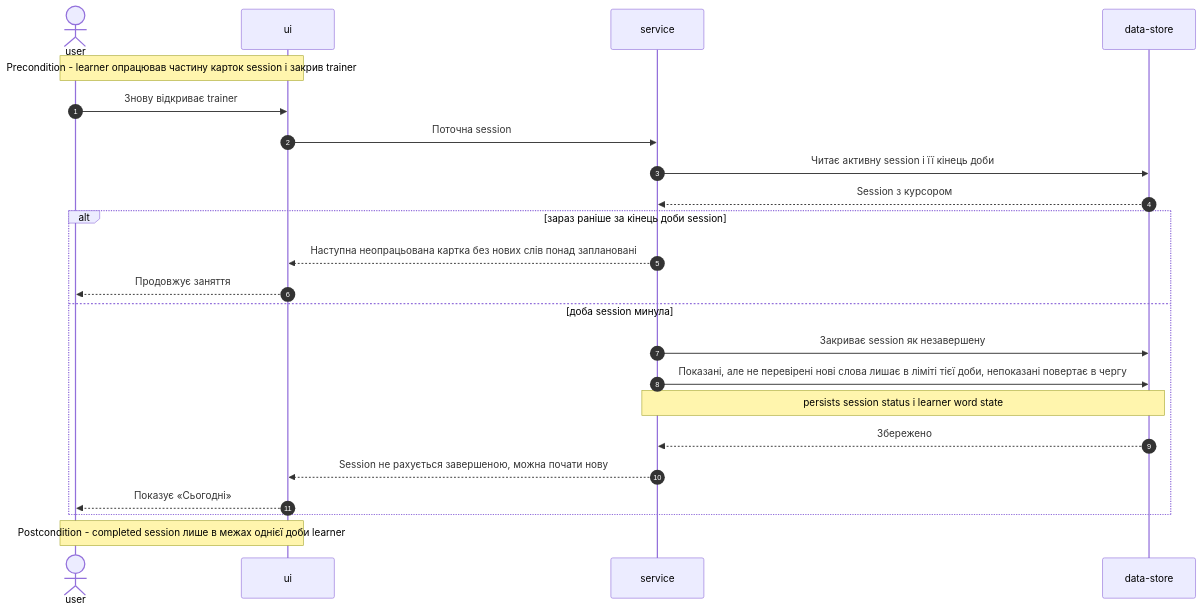
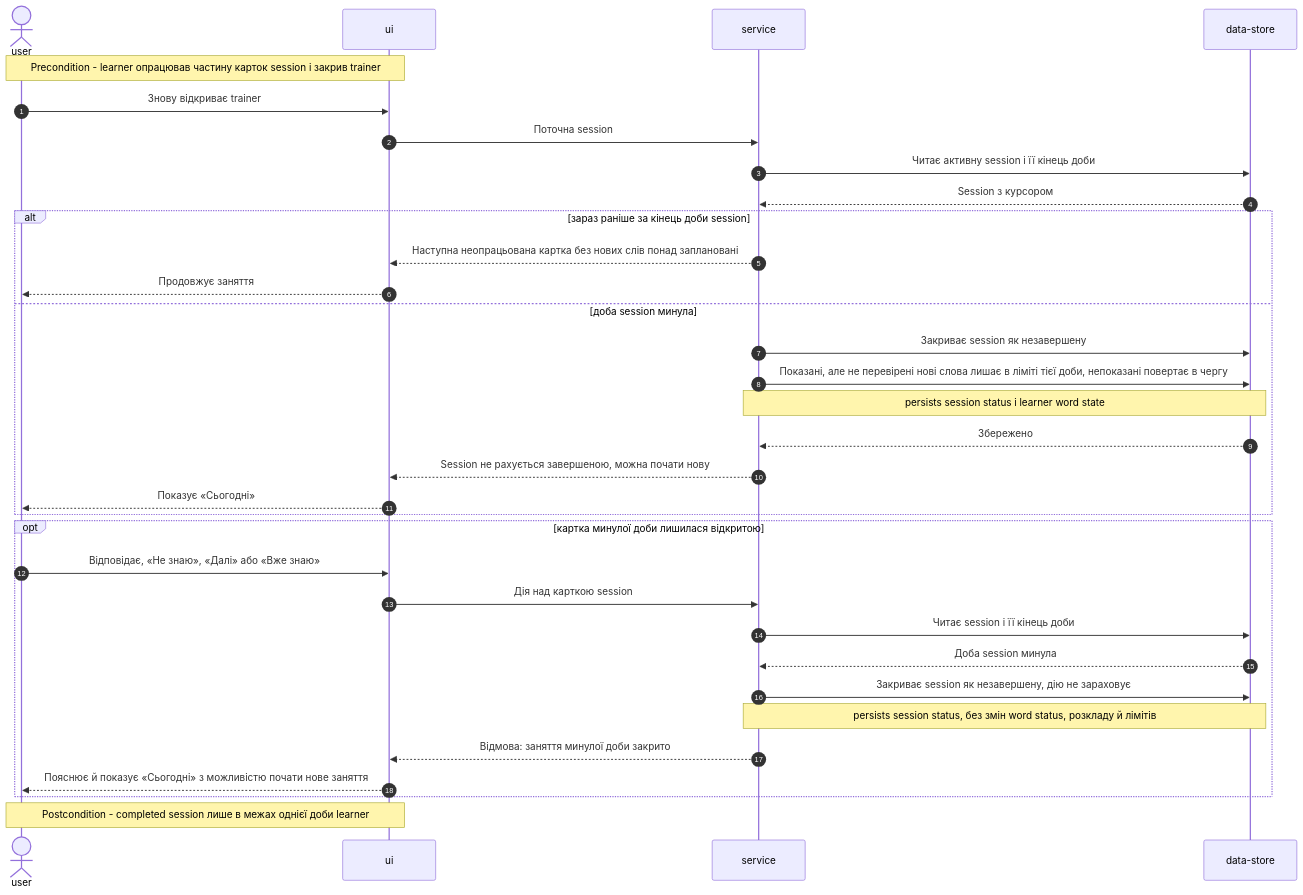
Before and after one commit to HeliosPersonal/constant-learning: the tenth of 17 diagrams in docs/features/personal-trainer-mvp/sad.md, drawn with Mermaid. The commit also changed other lines of this file and 7 other files, not shown here.

````diff
--- a/docs/features/personal-trainer-mvp/sad.md
+++ b/docs/features/personal-trainer-mvp/sad.md
@@ -387,26 +398,36 @@
 ```mermaid
 sequenceDiagram
     autonumber
     actor U as user
     participant UI as ui
     participant S as service
     participant D as data-store
 
     Note over U,UI: Precondition - learner опрацював частину карток session і закрив trainer
     U->>UI: Знову відкриває trainer
     UI->>S: Поточна session
     S->>D: Читає активну session і її кінець доби
     D-->>S: Session з курсором
     alt зараз раніше за кінець доби session
         S-->>UI: Наступна неопрацьована картка без нових слів понад заплановані
         UI-->>U: Продовжує заняття
     else доба session минула
         S->>D: Закриває session як незавершену
         S->>D: Показані, але не перевірені нові слова лишає в ліміті тієї доби, непоказані повертає в чергу
         Note over S,D: persists session status і learner word state
         D-->>S: Збережено
         S-->>UI: Session не рахується завершеною, можна почати нову
         UI-->>U: Показує «Сьогодні»
     end
+    opt картка минулої доби лишилася відкритою
+        U->>UI: Відповідає, «Не знаю», «Далі» або «Вже знаю»
+        UI->>S: Дія над карткою session
+        S->>D: Читає session і її кінець доби
+        D-->>S: Доба session минула
+        S->>D: Закриває session як незавершену, дію не зараховує
+        Note over S,D: persists session status, без змін word status, розкладу й лімітів
+        S-->>UI: Відмова: заняття минулої доби закрито
+        UI-->>U: Пояснює й показує «Сьогодні» з можливістю почати нове заняття
+    end
     Note over U,UI: Postcondition - completed session лише в межах однієї доби learner
 ```
````
